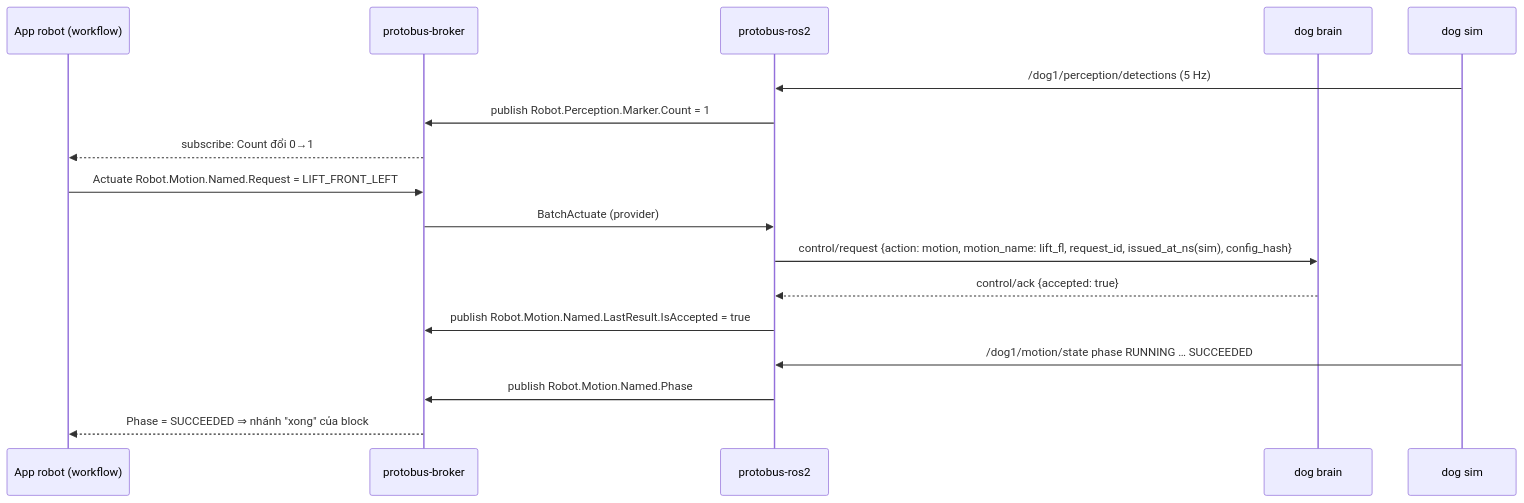
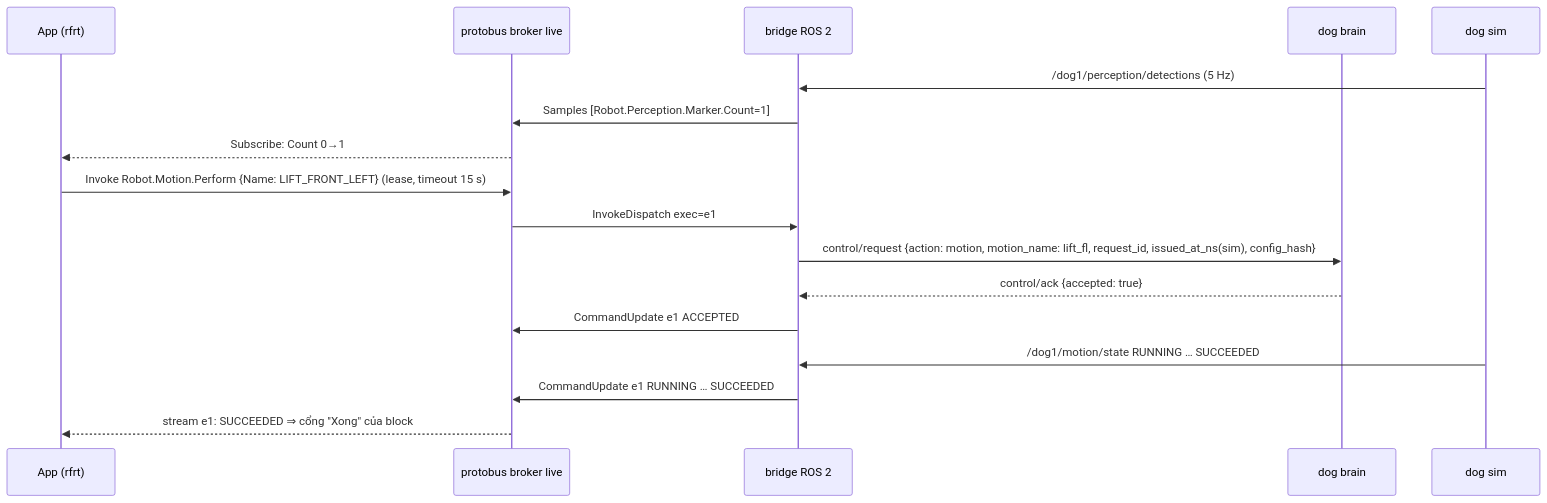
Before and after one commit to ltnguyenlt2k/simvehicleapp: the second of 2 diagrams in docs/design/M22-robotics-extension.md, drawn with Mermaid. The commit also changed other lines of this file and 28 other files, not shown here.

Commit message:
Robotics plan rewritten as an independent stack (robotics/): own RSS format + rssc, own Protobus broker (protobus.v1) + ROS 2 bridge + mock, RobotFlow compiler/runtime in Python, new Robot Studio; M22-M27, ADR-0064..0068 proposed, no code

````diff
--- a/docs/design/M22-robotics-extension.md
+++ b/docs/design/M22-robotics-extension.md
@@ -115,19 +147,19 @@
 ```mermaid
 sequenceDiagram
-  participant App as App robot (workflow)
-  participant B as protobus-broker
-  participant P as protobus-ros2
+  participant App as App (rfrt)
+  participant B as protobus broker live
+  participant P as bridge ROS 2
   participant Br as dog brain
   participant S as dog sim
   S->>P: /dog1/perception/detections (5 Hz)
-  P->>B: publish Robot.Perception.Marker.Count = 1
-  B-->>App: subscribe: Count đổi 0→1
-  App->>B: Actuate Robot.Motion.Named.Request = LIFT_FRONT_LEFT
-  B->>P: BatchActuate (provider)
+  P->>B: Samples [Robot.Perception.Marker.Count=1]
+  B-->>App: Subscribe: Count 0→1
+  App->>B: Invoke Robot.Motion.Perform {Name: LIFT_FRONT_LEFT} (lease, timeout 15 s)
+  B->>P: InvokeDispatch exec=e1
   P->>Br: control/request {action: motion, motion_name: lift_fl, request_id, issued_at_ns(sim), config_hash}
   Br-->>P: control/ack {accepted: true}
-  P->>B: publish Robot.Motion.Named.LastResult.IsAccepted = true
-  S->>P: /dog1/motion/state phase RUNNING … SUCCEEDED
-  P->>B: publish Robot.Motion.Named.Phase
-  B-->>App: Phase = SUCCEEDED ⇒ nhánh "xong" của block
+  P->>B: CommandUpdate e1 ACCEPTED
+  S->>P: /dog1/motion/state RUNNING … SUCCEEDED
+  P->>B: CommandUpdate e1 RUNNING … SUCCEEDED
+  B-->>App: stream e1: SUCCEEDED ⇒ cổng "Xong" của block
 ```
````
